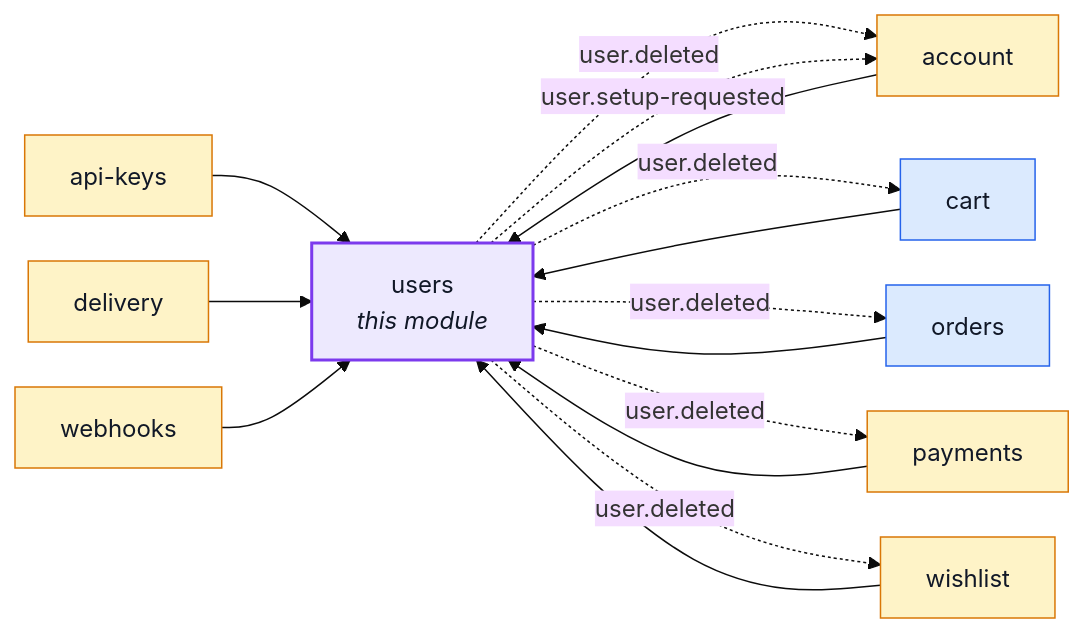
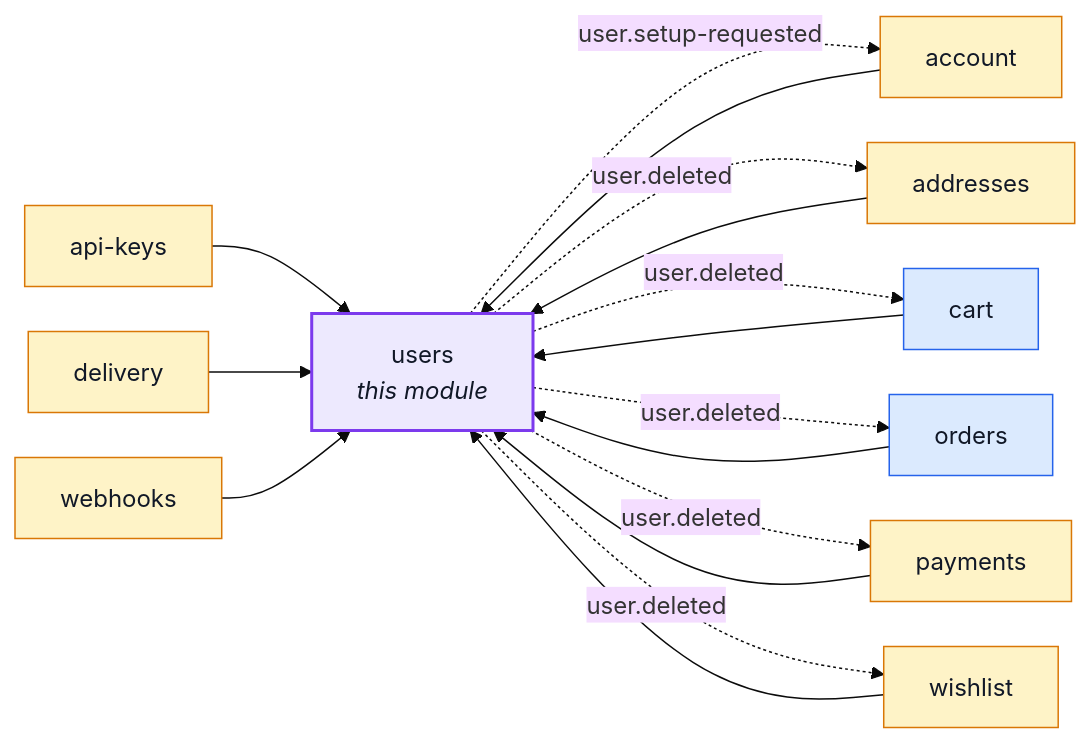
The first of 2 diagrams in docs/modules/users.md (Guebbit/boilerplate-node-backend), drawn with Mermaid (base theme) before and after one commit. The commit also changed 48 other files, not shown here.

First line of the commit message:
refactor(addresses): give the address book its own module, so nothing depends on account

````diff
--- a/docs/modules/users.md
+++ b/docs/modules/users.md
@@ -16,36 +16,38 @@
 ```mermaid
 %%{init: {'flowchart': {'nodeSpacing': 30, 'rankSpacing': 60}}}%%
 flowchart LR
     users["users<br/><i>this module</i>"]
     account["account"]
+    addresses["addresses"]
     api_keys["api-keys"]
     cart["cart"]
     delivery["delivery"]
     orders["orders"]
     payments["payments"]
     webhooks["webhooks"]
     wishlist["wishlist"]
 
     account --> users
+    addresses --> users
     api_keys --> users
     cart --> users
     delivery --> users
     orders --> users
     payments --> users
     webhooks --> users
     wishlist --> users
-    users -. "user.deleted" .-> account
     users -. "user.setup-requested" .-> account
+    users -. "user.deleted" .-> addresses
     users -. "user.deleted" .-> cart
     users -. "user.deleted" .-> orders
     users -. "user.deleted" .-> payments
     users -. "user.deleted" .-> wishlist
 
     classDef core fill:#dbeafe,stroke:#2563eb,color:#111827;
     classDef supporting fill:#fef3c7,stroke:#d97706,color:#111827;
     classDef generic fill:#dcfce7,stroke:#16a34a,color:#111827;
     classDef centre fill:#ede9fe,stroke:#7c3aed,stroke-width:2px,color:#111827;
     class cart,orders core;
-    class account,api_keys,delivery,payments,webhooks,wishlist supporting;
+    class account,addresses,api_keys,delivery,payments,webhooks,wishlist supporting;
     class users centre;
 ```
````
